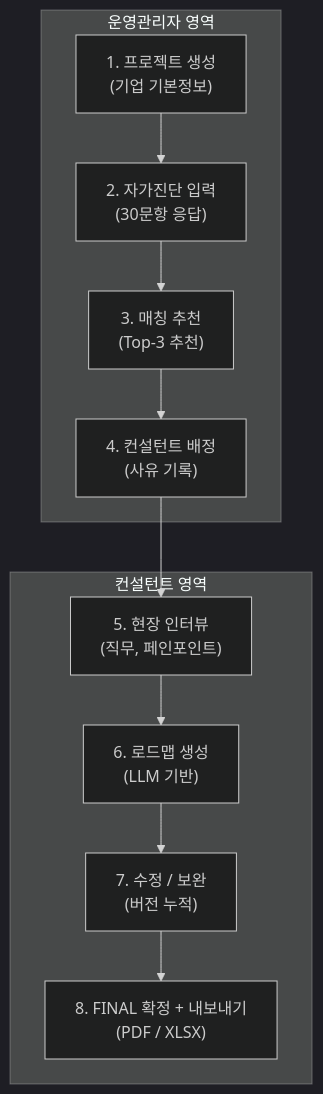
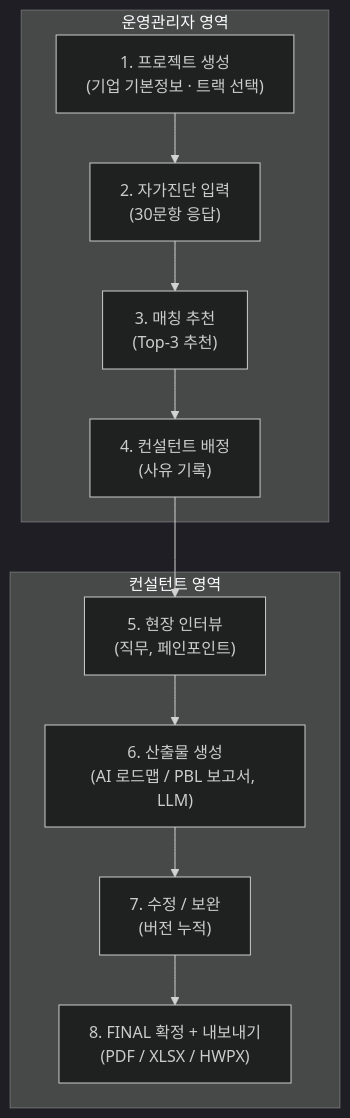
One commit to BaekKyunShin/KPC-AX-Roadmap-Dashboard changed the first of 6 diagrams in README.md. Above: the diagram before and after it, drawn with Mermaid (dark theme). The commit also changed other lines of this file, not shown here.

````diff
--- a/README.md
+++ b/README.md
@@ -66,16 +71,16 @@
 ```mermaid
 flowchart TD
     subgraph OPS["운영관리자 영역"]
-        A["1. 프로젝트 생성<br>(기업 기본정보)"] --> B["2. 자가진단 입력<br>(30문항 응답)"]
+        A["1. 프로젝트 생성<br>(기업 기본정보 · 트랙 선택)"] --> B["2. 자가진단 입력<br>(30문항 응답)"]
         B --> C["3. 매칭 추천<br>(Top-3 추천)"]
         C --> D["4. 컨설턴트 배정<br>(사유 기록)"]
     end
 
     subgraph CON["컨설턴트 영역"]
-        E["5. 현장 인터뷰<br>(직무, 페인포인트)"] --> F["6. 로드맵 생성<br>(LLM 기반)"]
+        E["5. 현장 인터뷰<br>(직무, 페인포인트)"] --> F["6. 산출물 생성<br>(AI 로드맵 / PBL 보고서, LLM)"]
         F --> G["7. 수정 / 보완<br>(버전 누적)"]
-        G --> H["8. FINAL 확정 + 내보내기<br>(PDF / XLSX)"]
+        G --> H["8. FINAL 확정 + 내보내기<br>(PDF / XLSX / HWPX)"]
     end
 
     D --> E
 ```
````
